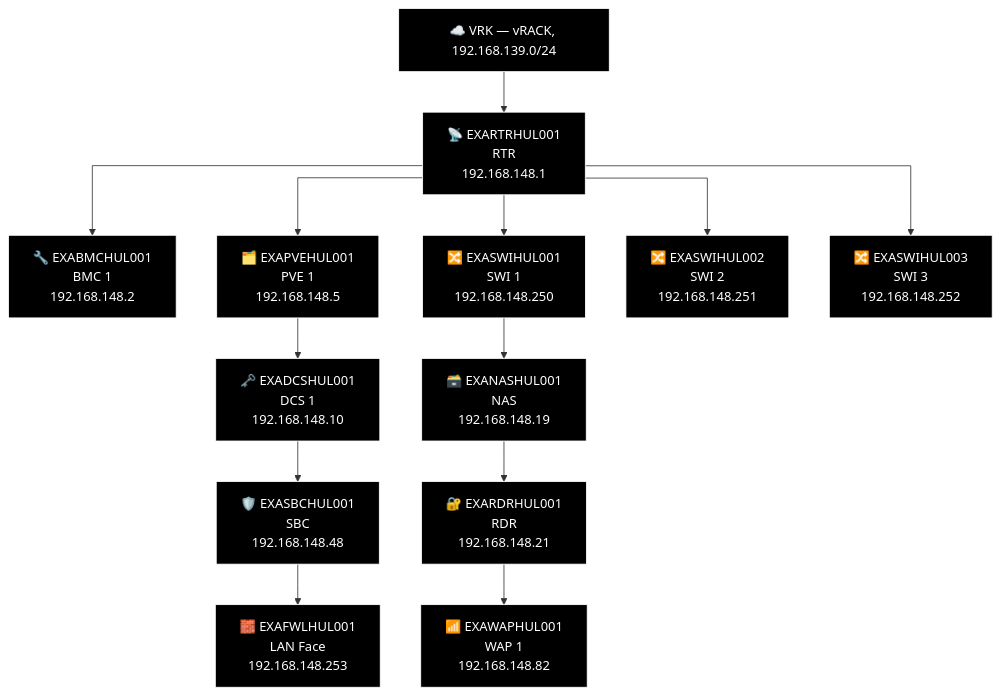
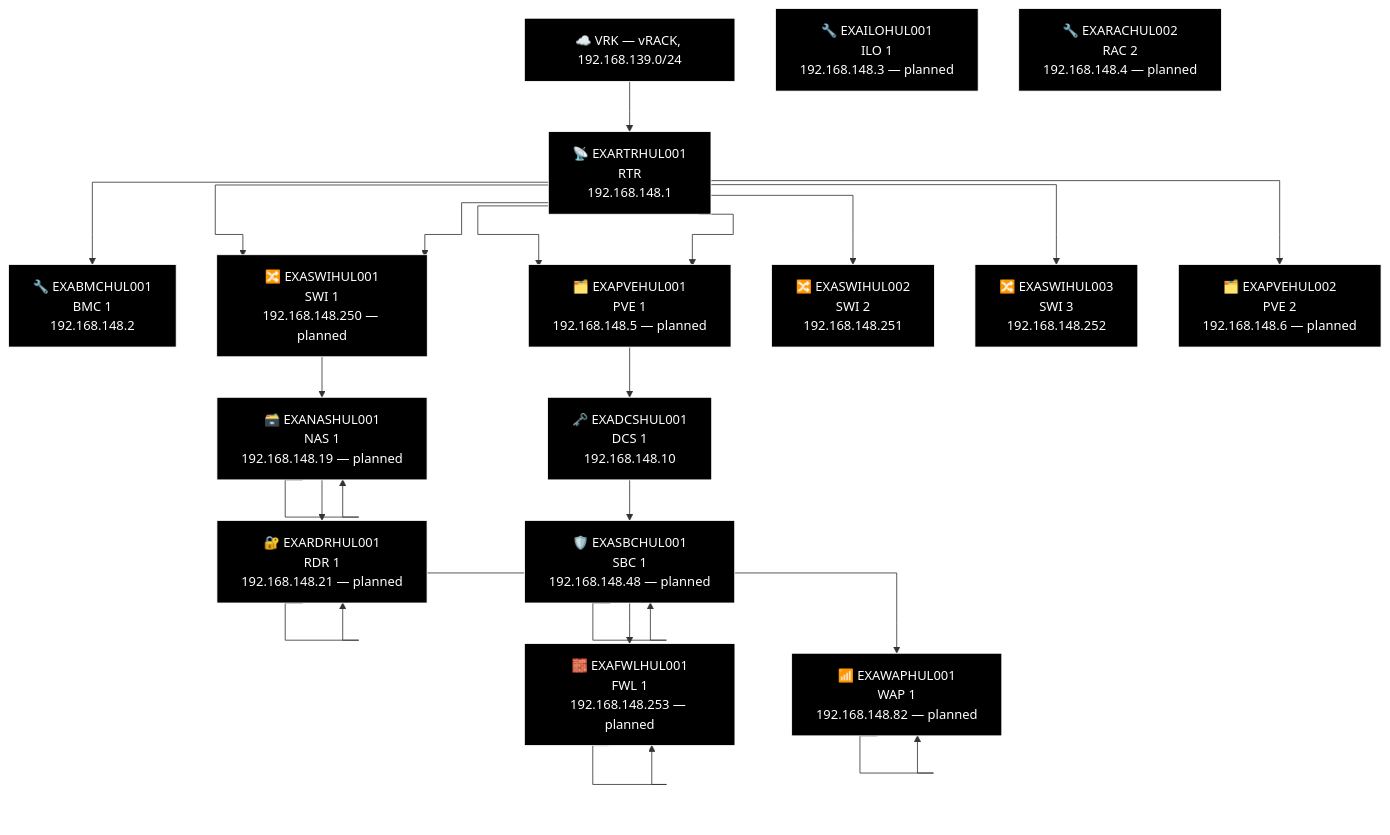
Before and after one commit to knightmare2600/example_music_infra: diagram 24 of 27 in docs/network-diagram/england.md, drawn with Mermaid. The commit also changed other lines of this file and 12 other files, not shown here.

````diff
--- a/docs/network-diagram/england.md
+++ b/docs/network-diagram/england.md
@@ -1084,40 +1201,63 @@
 ```mermaid
 %% GENERATED:TOPOLOGY:HUL:START
 %%{init: {'flowchart': {'curve': 'stepAfter'}}}%%
 graph TD
     T_VRK["☁️ VRK — vRACK, 192.168.139.0/24"]
     T_RTR["📡 EXARTRHUL001<br/>RTR<br/>192.168.148.1"]
     T_VRK --> T_RTR
     T_BMC["🔧 EXABMCHUL001<br/>BMC 1<br/>192.168.148.2"]
     T_RTR --> T_BMC
     T_PVE["🗂️ EXAPVEHUL001<br/>PVE 1<br/>192.168.148.5"]
     T_RTR --> T_PVE
     T_SWI["🔀 EXASWIHUL001<br/>SWI 1<br/>192.168.148.250"]
     T_RTR --> T_SWI
     T_SWI2["🔀 EXASWIHUL002<br/>SWI 2<br/>192.168.148.251"]
     T_RTR --> T_SWI2
     T_SWI3["🔀 EXASWIHUL003<br/>SWI 3<br/>192.168.148.252"]
     T_RTR --> T_SWI3
+    T_SWI["🔀 EXASWIHUL001<br/>SWI 1<br/>192.168.148.250 — planned"]
+    T_RTR --> T_SWI
+    T_PVE["🗂️ EXAPVEHUL001<br/>PVE 1<br/>192.168.148.5 — planned"]
+    T_RTR --> T_PVE
+    T_PVE2["🗂️ EXAPVEHUL002<br/>PVE 2<br/>192.168.148.6 — planned"]
+    T_RTR --> T_PVE2
     T_NAS["🗃️ EXANASHUL001<br/>NAS<br/>192.168.148.19"]
+    T_NAS["🗃️ EXANASHUL001<br/>NAS 1<br/>192.168.148.19 — planned"]
     T_RDR["🔐 EXARDRHUL001<br/>RDR<br/>192.168.148.21"]
+    T_RDR["🔐 EXARDRHUL001<br/>RDR 1<br/>192.168.148.21 — planned"]
     T_WAP["📶 EXAWAPHUL001<br/>WAP 1<br/>192.168.148.82"]
-    T_SWI --> T_NAS --> T_RDR --> T_WAP
+    T_WAP["📶 EXAWAPHUL001<br/>WAP 1<br/>192.168.148.82 — planned"]
+    T_SWI --> T_NAS --> T_NAS --> T_RDR --> T_RDR --> T_WAP --> T_WAP
     T_DCS["🗝️ EXADCSHUL001<br/>DCS 1<br/>192.168.148.10"]
     T_SBC["🛡️ EXASBCHUL001<br/>SBC<br/>192.168.148.48"]
+    T_SBC["🛡️ EXASBCHUL001<br/>SBC 1<br/>192.168.148.48 — planned"]
     T_FWL["🧱 EXAFWLHUL001<br/>LAN Face<br/>192.168.148.253"]
-    T_PVE --> T_DCS --> T_SBC --> T_FWL
+    T_FWL["🧱 EXAFWLHUL001<br/>FWL 1<br/>192.168.148.253 — planned"]
+    T_PVE --> T_DCS --> T_SBC --> T_SBC --> T_FWL --> T_FWL
+    T_ILO["🔧 EXAILOHUL001<br/>ILO 1<br/>192.168.148.3 — planned"]
+    T_RAC["🔧 EXARACHUL002<br/>RAC 2<br/>192.168.148.4 — planned"]
     style T_VRK fill:#000000,stroke:#FFFFFF,color:#FFFFFF
     style T_RTR fill:#000000,stroke:#FFFFFF,color:#FFFFFF
     style T_BMC fill:#000000,stroke:#FFFFFF,color:#FFFFFF
     style T_PVE fill:#000000,stroke:#FFFFFF,color:#FFFFFF
     style T_SWI fill:#000000,stroke:#FFFFFF,color:#FFFFFF
     style T_SWI2 fill:#000000,stroke:#FFFFFF,color:#FFFFFF
     style T_SWI3 fill:#000000,stroke:#FFFFFF,color:#FFFFFF
+    style T_SWI fill:#000000,stroke:#FFFFFF,color:#FFFFFF
+    style T_PVE fill:#000000,stroke:#FFFFFF,color:#FFFFFF
+    style T_PVE2 fill:#000000,stroke:#FFFFFF,color:#FFFFFF
+    style T_NAS fill:#000000,stroke:#FFFFFF,color:#FFFFFF
     style T_NAS fill:#000000,stroke:#FFFFFF,color:#FFFFFF
     style T_RDR fill:#000000,stroke:#FFFFFF,color:#FFFFFF
+    style T_RDR fill:#000000,stroke:#FFFFFF,color:#FFFFFF
+    style T_WAP fill:#000000,stroke:#FFFFFF,color:#FFFFFF
     style T_WAP fill:#000000,stroke:#FFFFFF,color:#FFFFFF
     style T_DCS fill:#000000,stroke:#FFFFFF,color:#FFFFFF
     style T_SBC fill:#000000,stroke:#FFFFFF,color:#FFFFFF
+    style T_SBC fill:#000000,stroke:#FFFFFF,color:#FFFFFF
     style T_FWL fill:#000000,stroke:#FFFFFF,color:#FFFFFF
+    style T_FWL fill:#000000,stroke:#FFFFFF,color:#FFFFFF
+    style T_ILO fill:#000000,stroke:#FFFFFF,color:#FFFFFF
+    style T_RAC fill:#000000,stroke:#FFFFFF,color:#FFFFFF
 %% GENERATED:TOPOLOGY:HUL:END
 ```
````
